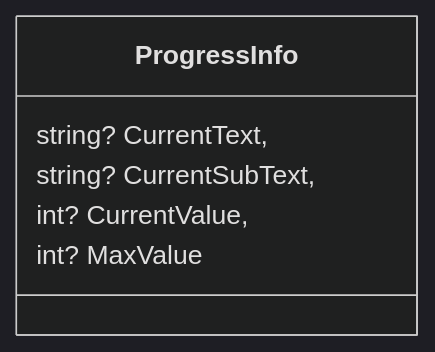
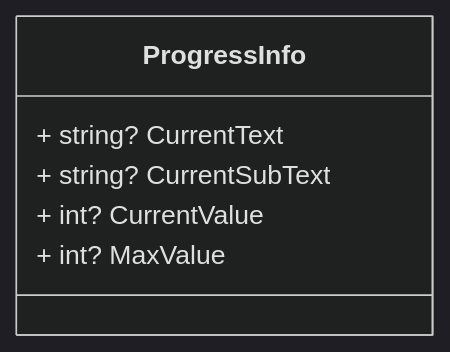
The fifth of 5 diagrams in docs/fula-client-overview.md (functionland/fx-files), drawn with Mermaid (dark theme) before and after one commit. The commit also changed other lines of this file, not shown here.

Commit message:
Fix class diagram annotations. ab#839

````diff
--- a/docs/fula-client-overview.md
+++ b/docs/fula-client-overview.md
@@ -105,9 +109,10 @@
 ```mermaid
 classDiagram
+
 class ProgressInfo{
-string? CurrentText,
-string? CurrentSubText,
-int? CurrentValue,
-int? MaxValue
+    + string? CurrentText
+    + string? CurrentSubText
+    + int? CurrentValue
+    + int? MaxValue
 }
 ```
````
